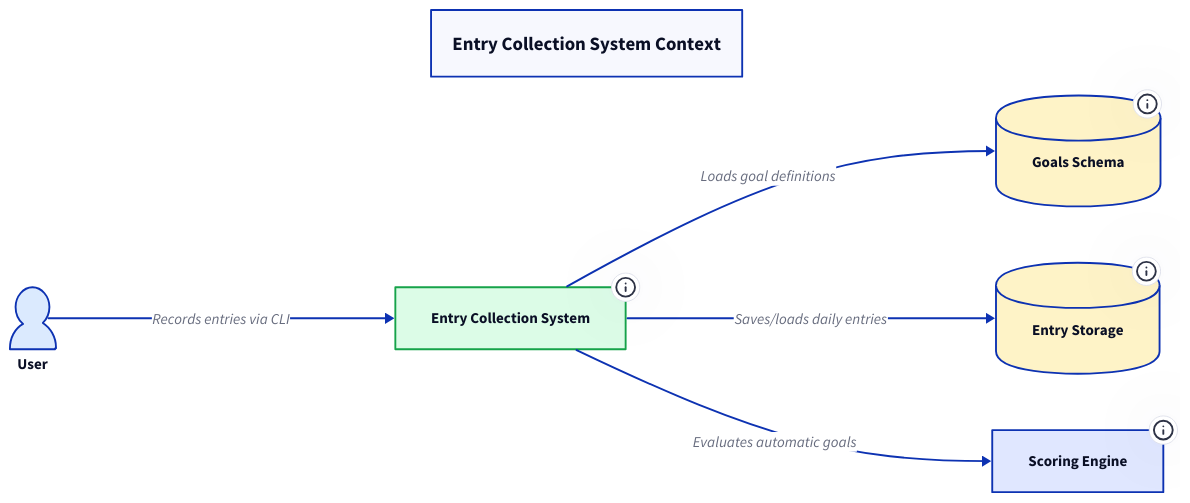
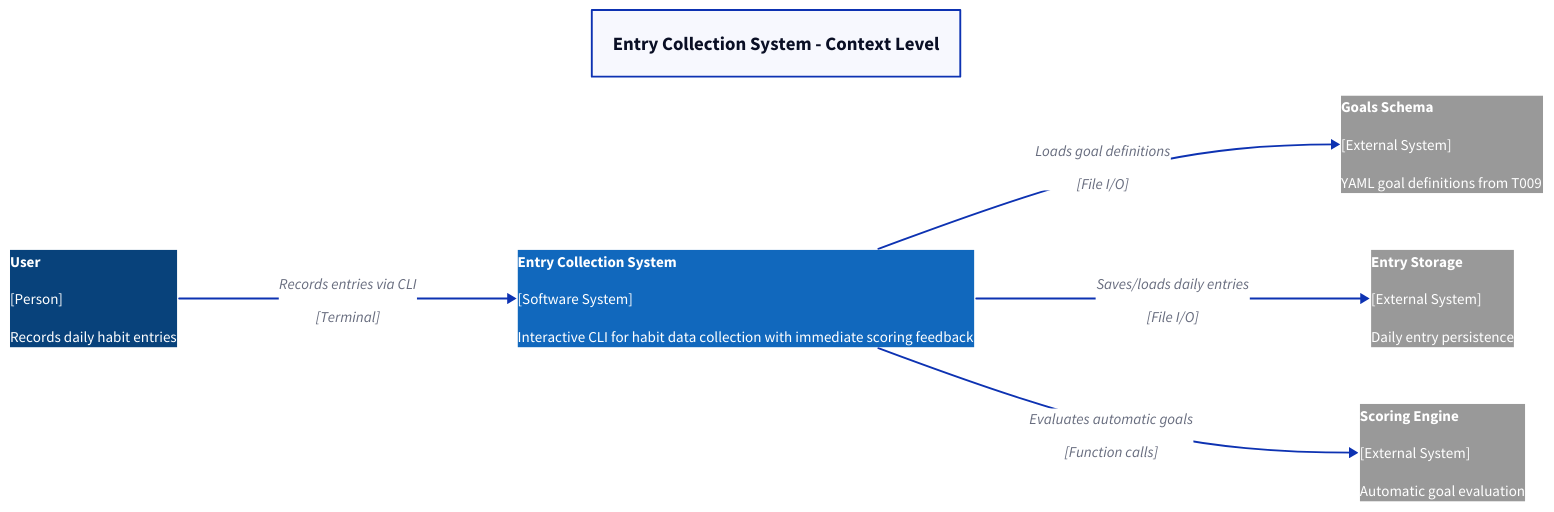
One commit to davidlee/iter changed the diagram in doc/diagrams/entry_system_context.d2. Above: the diagram before and after it, drawn with D2. The commit also changed 7 other files, not shown here.

First line of the commit message:
docs(architecture)[T010/1.1]: revise D2 diagrams with proper C4 styling and conventions

```diff
--- a/doc/diagrams/entry_system_context.d2
+++ b/doc/diagrams/entry_system_context.d2
@@ -1,47 +1,93 @@
 direction: right
 
 title: {
-  label: Entry Collection System Context
+  label: Entry Collection System - Context Level
   near: top-center
   style.font-size: 20
   style.bold: true
 }
 
 user: {
-  label: User
+  label: |md
+    **User**
+    
+    [Person]
+    
+    Records daily habit entries
+  |
   shape: person
-  style.fill: "#dbeafe"
+  style.fill: "#08427b"
+  style.font-color: white
 }
 
 entry_system: {
-  label: Entry Collection System
-  tooltip: Interactive CLI for habit data collection
-  style.fill: "#dcfce7"
-  style.stroke: "#16a34a"
-  style.stroke-width: 2
+  label: |md
+    **Entry Collection System**
+    
+    [Software System]
+    
+    Interactive CLI for habit data collection with immediate scoring feedback
+  |
+  style.fill: "#1168bd"
+  style.font-color: white
 }
 
 goals_file: {
-  label: Goals Schema
-  tooltip: YAML goal definitions from T009
-  shape: cylinder
-  style.fill: "#fef3c7"
+  label: |md
+    **Goals Schema**
+    
+    [External System]
+    
+    YAML goal definitions from T009
+  |
+  style.fill: "#999999"
+  style.font-color: white
 }
 
 entries_file: {
-  label: Entry Storage
-  tooltip: Daily entry persistence
-  shape: cylinder
-  style.fill: "#fef3c7"
+  label: |md
+    **Entry Storage**
+    
+    [External System]
+    
+    Daily entry persistence
+  |
+  style.fill: "#999999"
+  style.font-color: white
 }
 
 scoring_engine: {
-  label: Scoring Engine
-  tooltip: Automatic goal evaluation
-  style.fill: "#e0e7ff"
+  label: |md
+    **Scoring Engine**
+    
+    [External System]
+    
+    Automatic goal evaluation
+  |
+  style.fill: "#999999"
+  style.font-color: white
 }
 
-user -> entry_system: Records entries via CLI
-entry_system -> goals_file: Loads goal definitions
-entry_system -> entries_file: Saves/loads daily entries
-entry_system -> scoring_engine: Evaluates automatic goals
+user -> entry_system: |md
+  Records entries via CLI
+  
+  [Terminal]
+|
+
+entry_system -> goals_file: |md
+  Loads goal definitions
+  
+  [File I/O]
+|
+
+entry_system -> entries_file: |md
+  Saves/loads daily entries
+  
+  [File I/O]
+|
+
+entry_system -> scoring_engine: |md
+  Evaluates automatic goals
+  
+  [Function calls]
+|
```
